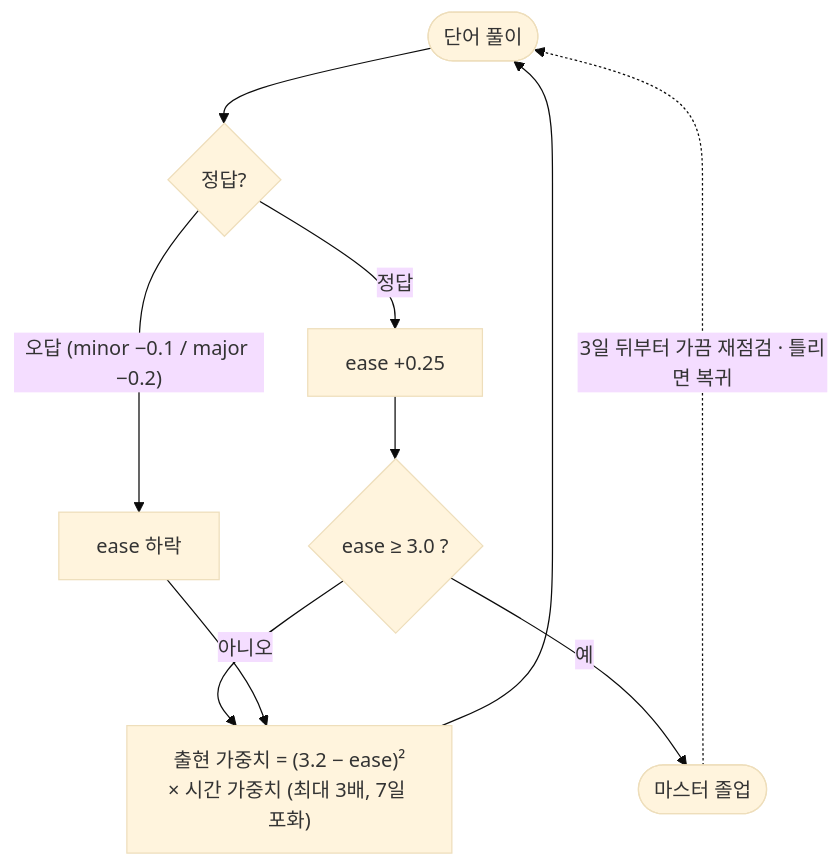
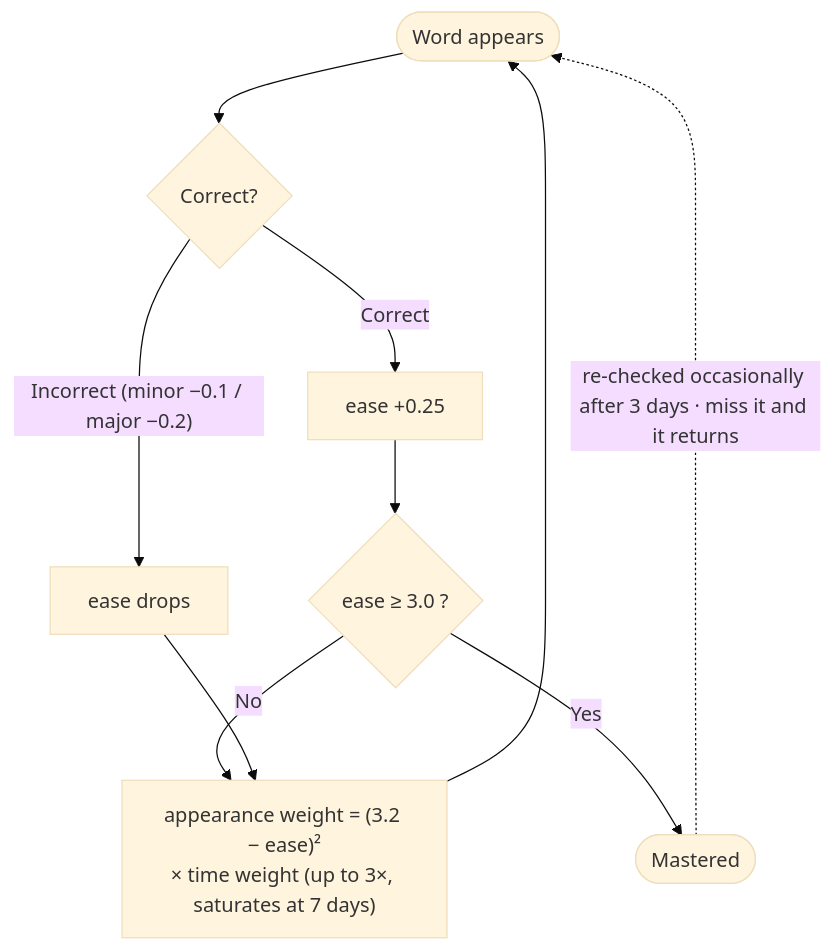
One commit to hyeonglvl/TypeSee changed the diagram in README.md. Above: the diagram before and after it, drawn with Mermaid (base theme). The commit also changed other lines of this file and 2 other files, not shown here.

````diff
--- a/README.md
+++ b/README.md
@@ -46,12 +50,12 @@
 ```mermaid
 flowchart TD
-    A(["단어 풀이"]) --> B{"정답?"}
-    B -->|정답| C["ease +0.25"]
-    B -->|"오답 (minor −0.1 / major −0.2)"| D["ease 하락"]
+    A(["Word appears"]) --> B{"Correct?"}
+    B -->|Correct| C["ease +0.25"]
+    B -->|"Incorrect (minor −0.1 / major −0.2)"| D["ease drops"]
     C --> E{"ease ≥ 3.0 ?"}
-    E -->|아니오| F
-    D --> F["출현 가중치 = (3.2 − ease)²<br/>× 시간 가중치 (최대 3배, 7일 포화)"]
+    E -->|No| F
+    D --> F["appearance weight = (3.2 − ease)²<br/>× time weight (up to 3×, saturates at 7 days)"]
     F --> A
-    E -->|예| G(["마스터 졸업"])
-    G -.->|"3일 뒤부터 가끔 재점검 · 틀리면 복귀"| A
+    E -->|Yes| G(["Mastered"])
+    G -.->|"re-checked occasionally after 3 days · miss it and it returns"| A
 ```
````
